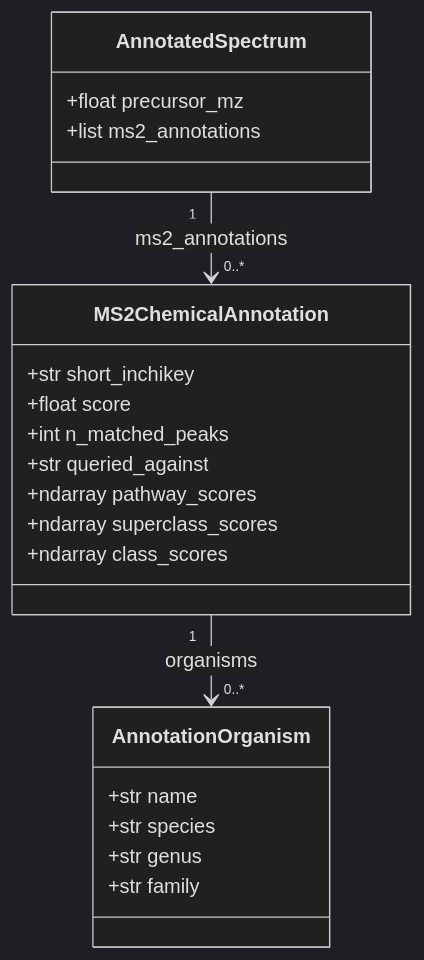
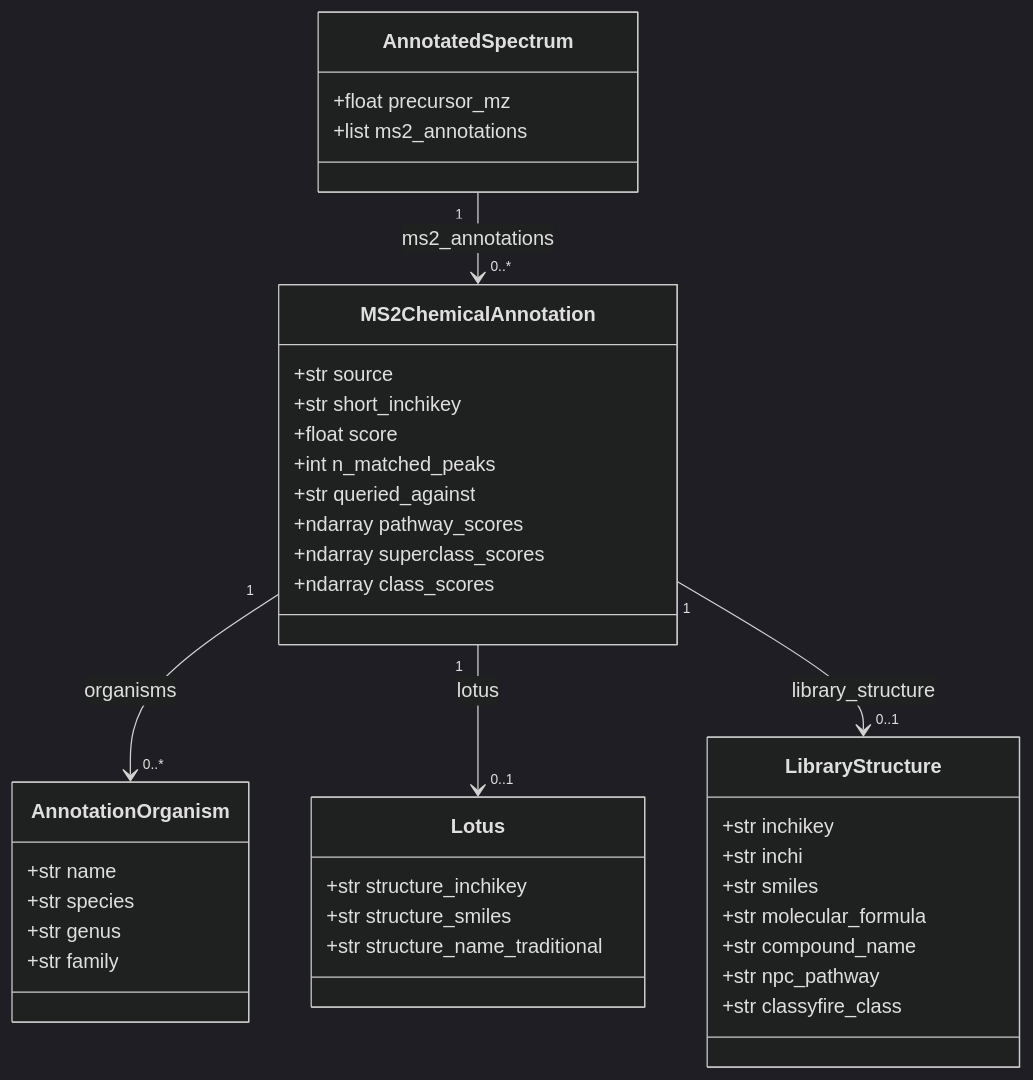
The fourth of 5 diagrams in docs/MS2_ENHANCER.md (llegregam/enpkg_full), drawn with Mermaid before and after one commit. The commit also changed other lines of this file and 10 other files, not shown here.

First line of the commit message:
feat(ms2): annotate library matches that LOTUS does not know

````diff
--- a/docs/MS2_ENHANCER.md
+++ b/docs/MS2_ENHANCER.md
@@ -157,25 +195,42 @@
 ```mermaid
 %%{init: {'theme':'dark'}}%%
 classDiagram
     class AnnotatedSpectrum {
       +float precursor_mz
       +list ms2_annotations
     }
     class MS2ChemicalAnnotation {
+      +str source
       +str short_inchikey
       +float score
       +int n_matched_peaks
       +str queried_against
       +ndarray pathway_scores
       +ndarray superclass_scores
       +ndarray class_scores
     }
     class AnnotationOrganism {
       +str name
       +str species
       +str genus
       +str family
     }
+    class Lotus {
+      +str structure_inchikey
+      +str structure_smiles
+      +str structure_name_traditional
+    }
+    class LibraryStructure {
+      +str inchikey
+      +str inchi
+      +str smiles
+      +str molecular_formula
+      +str compound_name
+      +str npc_pathway
+      +str classyfire_class
+    }
     AnnotatedSpectrum "1" --> "0..*" MS2ChemicalAnnotation : ms2_annotations
     MS2ChemicalAnnotation "1" --> "0..*" AnnotationOrganism : organisms
+    MS2ChemicalAnnotation "1" --> "0..1" Lotus : lotus
+    MS2ChemicalAnnotation "1" --> "0..1" LibraryStructure : library_structure
 ```
````
